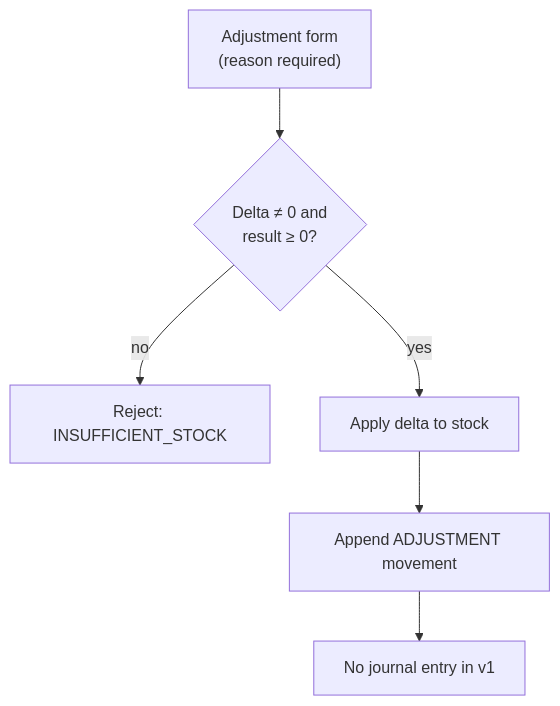
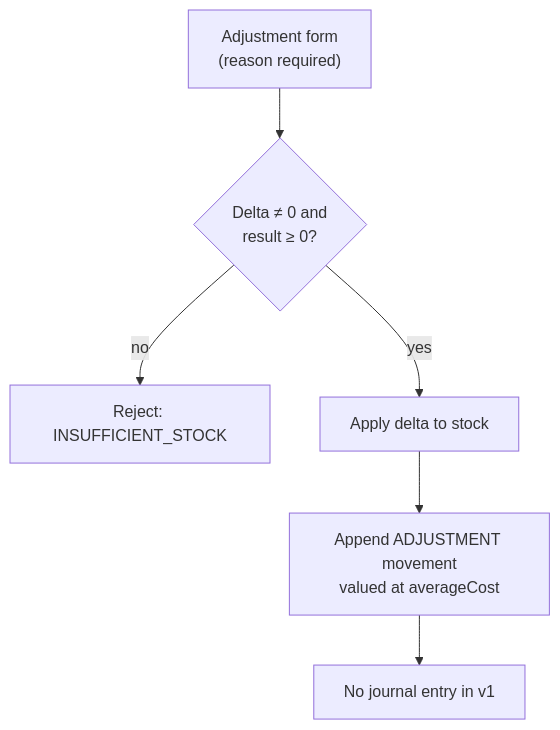
Before and after one commit to ahmed-226/ERP-Suite: the tenth of 11 diagrams in docs/WORKFLOWS.md, drawn with Mermaid. The commit also changed other lines of this file and 23 other files, not shown here.

Commit message:
feat(inventory): value stock at weighted average and cost issues server-side

````diff
--- a/docs/WORKFLOWS.md
+++ b/docs/WORKFLOWS.md
@@ -158,8 +161,8 @@
 ```mermaid
 flowchart TD
     A["Adjustment form<br/>(reason required)"] --> B{"Delta ≠ 0 and<br/>result ≥ 0?"}
     B -- "no" --> C["Reject: INSUFFICIENT_STOCK"]
     B -- "yes" --> D["Apply delta to stock"]
-    D --> E["Append ADJUSTMENT movement"]
+    D --> E["Append ADJUSTMENT movement<br/>valued at averageCost"]
     E --> F["No journal entry in v1"]
 ```
````
